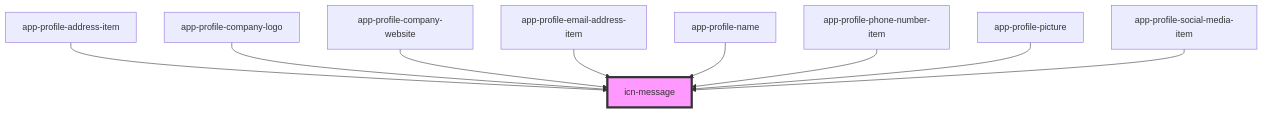
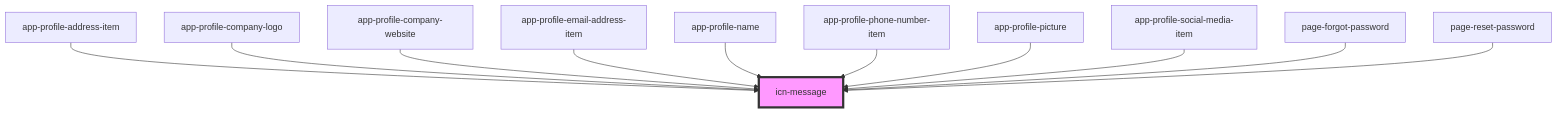
The diagram in iconeventnetwork-web/src/components/icn-message/readme.md (lokheed/IconEventNetwork.Web), drawn with Mermaid before and after one commit. The commit also changed other lines of this file and 14 other files, not shown here.

Commit message:
Implement Forgot Password

````diff
--- a/iconeventnetwork-web/src/components/icn-message/readme.md
+++ b/iconeventnetwork-web/src/components/icn-message/readme.md
@@ -64,12 +66,14 @@
 ```mermaid
 graph TD;
   app-profile-address-item --> icn-message
   app-profile-company-logo --> icn-message
   app-profile-company-website --> icn-message
   app-profile-email-address-item --> icn-message
   app-profile-name --> icn-message
   app-profile-phone-number-item --> icn-message
   app-profile-picture --> icn-message
   app-profile-social-media-item --> icn-message
+  page-forgot-password --> icn-message
+  page-reset-password --> icn-message
   style icn-message fill:#f9f,stroke:#333,stroke-width:4px
 ```
````
